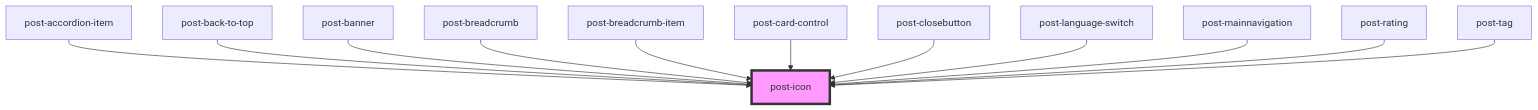
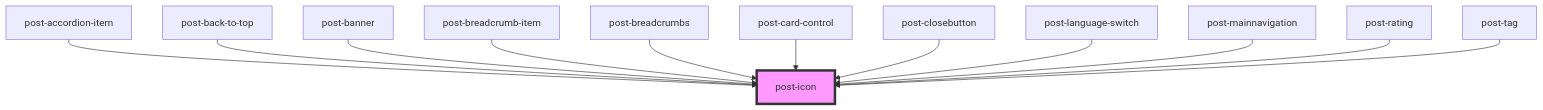
The diagram in packages/components/src/components/post-icon/readme.md (swisspost/design-system), drawn with Mermaid before and after one commit. The commit also changed other lines of this file and 15 other files, not shown here.

Commit message:
refactor(components,docs): rename breadcrumb to breadcrumbs throughout codebase

````diff
--- a/packages/components/src/components/post-icon/readme.md
+++ b/packages/components/src/components/post-icon/readme.md
@@ -38,15 +38,15 @@
 ```mermaid
 graph TD;
   post-accordion-item --> post-icon
   post-back-to-top --> post-icon
   post-banner --> post-icon
-  post-breadcrumb --> post-icon
   post-breadcrumb-item --> post-icon
+  post-breadcrumbs --> post-icon
   post-card-control --> post-icon
   post-closebutton --> post-icon
   post-language-switch --> post-icon
   post-mainnavigation --> post-icon
   post-rating --> post-icon
   post-tag --> post-icon
   style post-icon fill:#f9f,stroke:#333,stroke-width:4px
 ```
````
